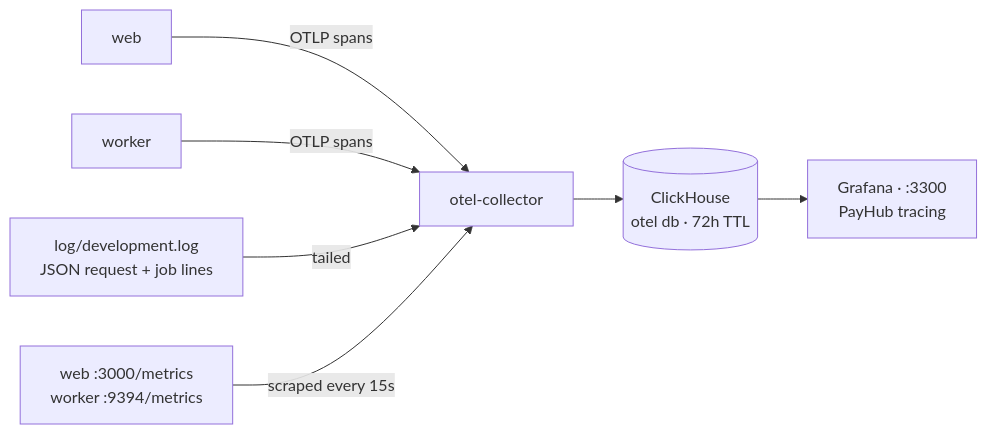
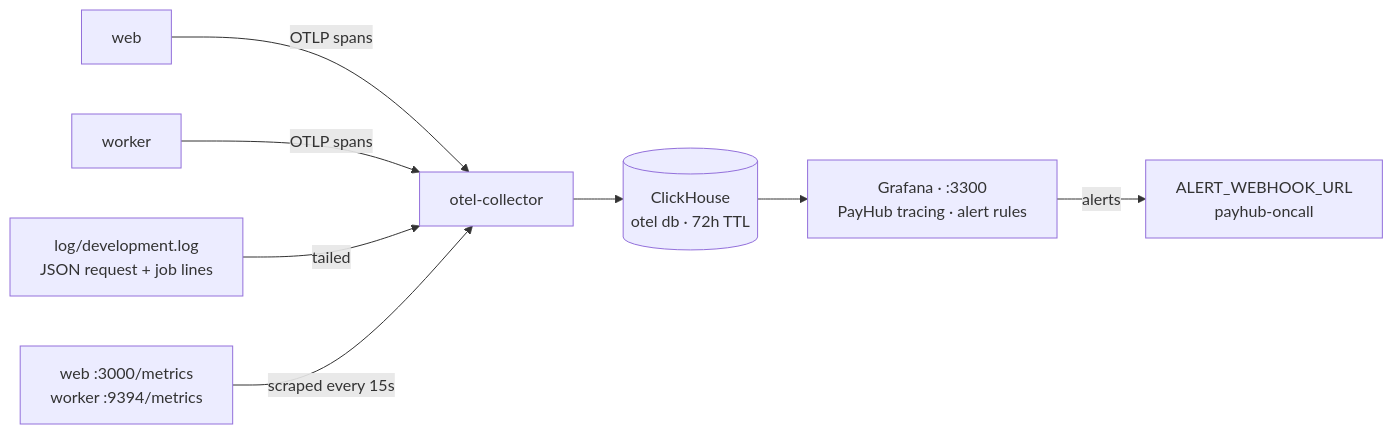
One commit to baobeta/payhub changed the third of 3 diagrams in README.md. Above: the diagram before and after it, drawn with Mermaid. The commit also changed other lines of this file and 5 other files, not shown here.

Commit message:
Provision Grafana alert rules and an on-call contact point

````diff
--- a/README.md
+++ b/README.md
@@ -418,7 +418,8 @@
 ```mermaid
 flowchart LR
     W["web"] & K["worker"] -- "OTLP spans" --> OC["otel-collector"]
     L["log/development.log<br/>JSON request + job lines"] -- tailed --> OC
     M["web :3000/metrics<br/>worker :9394/metrics"] -- "scraped every 15s" --> OC
-    OC --> CH[("ClickHouse<br/>otel db · 72h TTL")] --> GF["Grafana · :3300<br/>PayHub tracing"]
+    OC --> CH[("ClickHouse<br/>otel db · 72h TTL")] --> GF["Grafana · :3300<br/>PayHub tracing · alert rules"]
+    GF -- "alerts" --> WH["ALERT_WEBHOOK_URL<br/>payhub-oncall"]
 ```
````
